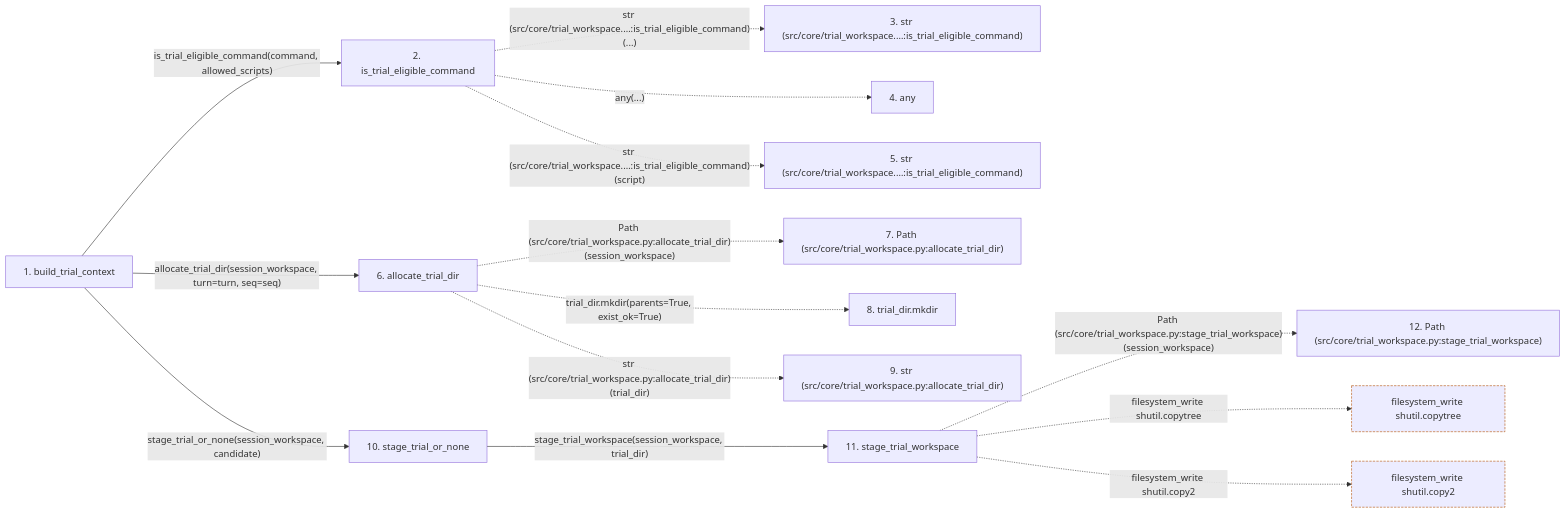
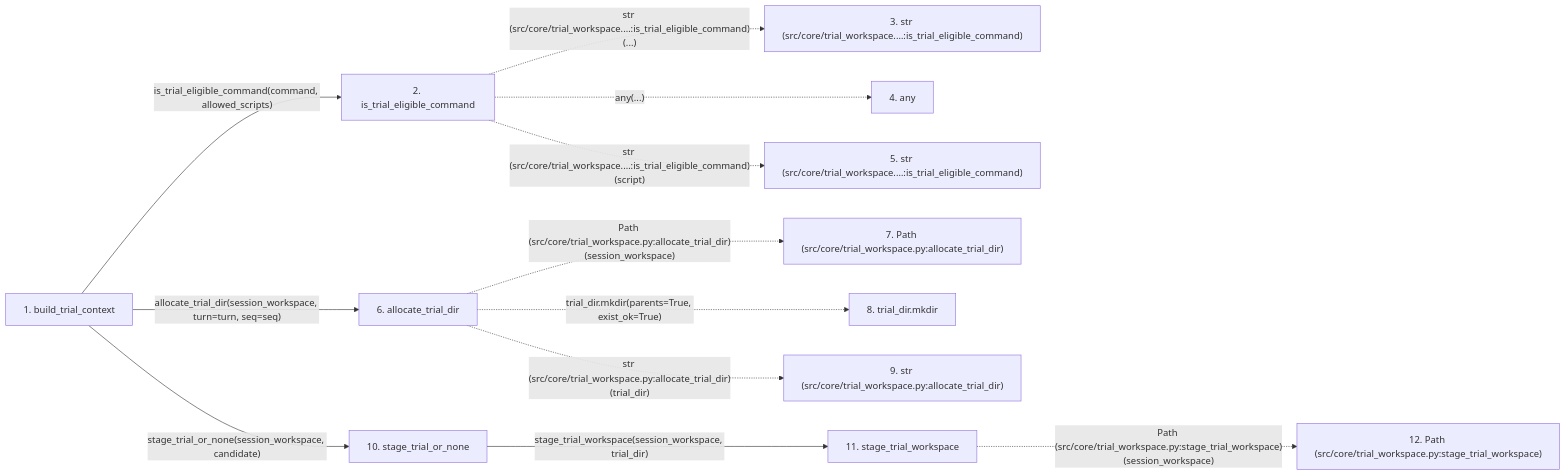
One commit to Denissvgn/autoresearch-agent changed the second of 2 diagrams in docs/llm_wiki/flows/api-build_trial_context.md. Above: the diagram before and after it, drawn with Mermaid. The commit also changed other lines of this file and 34 other files, not shown here.

````diff
--- a/docs/llm_wiki/flows/api-build_trial_context.md
+++ b/docs/llm_wiki/flows/api-build_trial_context.md
@@ -69,38 +98,31 @@
 ```mermaid
 flowchart LR
     s1["1. build_trial_context"]
     s2["2. is_trial_eligible_command"]
     s3["3. str (src/core/trial_workspace.…:is_trial_eligible_command)"]
     s4["4. any"]
     s5["5. str (src/core/trial_workspace.…:is_trial_eligible_command)"]
     s6["6. allocate_trial_dir"]
     s7["7. Path (src/core/trial_workspace.py:allocate_trial_dir)"]
     s8["8. trial_dir.mkdir"]
     s9["9. str (src/core/trial_workspace.py:allocate_trial_dir)"]
     s10["10. stage_trial_or_none"]
     s11["11. stage_trial_workspace"]
     s12["12. Path (src/core/trial_workspace.py:stage_trial_workspace)"]
     s1 -->|"is_trial_eligible_command(command, allowed_scripts)"| s2
     s2 -. "str (src/core/trial_workspace.…:is_trial_eligible_command)(...)" .-> s3
     s2 -. "any(...)" .-> s4
     s2 -. "str (src/core/trial_workspace.…:is_trial_eligible_command)(script)" .-> s5
     s1 -->|"allocate_trial_dir(session_workspace, turn=turn, seq=seq)"| s6
     s6 -. "Path (src/core/trial_workspace.py:allocate_trial_dir)(session_workspace)" .-> s7
     s6 -. "trial_dir.mkdir(parents=True, exist_ok=True)" .-> s8
     s6 -. "str (src/core/trial_workspace.py:allocate_trial_dir)(trial_dir)" .-> s9
     s1 -->|"stage_trial_or_none(session_workspace, candidate)"| s10
     s10 -->|"stage_trial_workspace(session_workspace, trial_dir)"| s11
     s11 -. "Path (src/core/trial_workspace.py:stage_trial_workspace)(session_workspace)" .-> s12
-    b0["filesystem_write shutil.copytree"]
-    s11 -. "filesystem_write shutil.copytree" .-> b0
-    b1["filesystem_write shutil.copy2"]
-    s11 -. "filesystem_write shutil.copy2" .-> b1
     click s1 "../modules/trial_workspace.md"
     click s2 "../modules/trial_workspace.md"
     click s6 "../modules/trial_workspace.md"
     click s10 "../modules/trial_workspace.md"
     click s11 "../modules/trial_workspace.md"
-    classDef boundary stroke:#b45309,stroke-dasharray: 4 2
-    class b0 boundary
-    class b1 boundary
 ```
````
